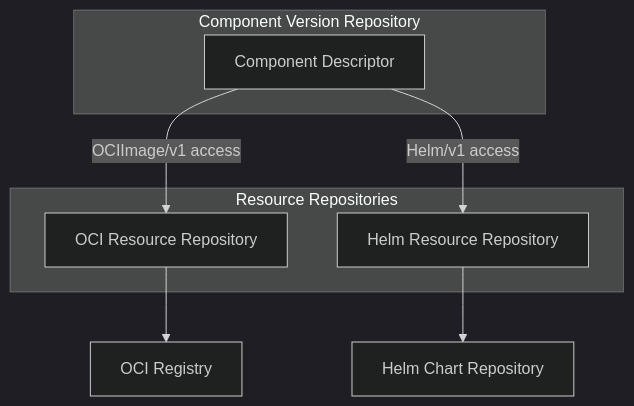
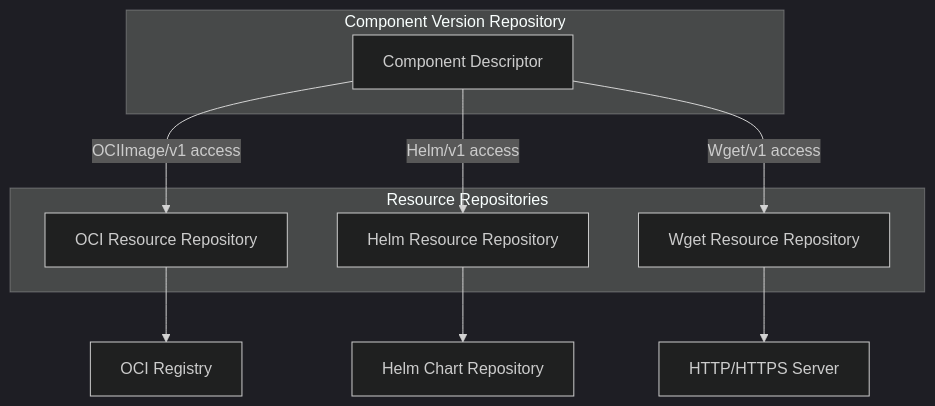
The diagram in website/content/docs/concepts/resource-repositories.md (open-component-model/open-component-model), drawn with Mermaid (dark theme) before and after one commit. The commit also changed other lines of this file and 5 other files, not shown here.

````diff
--- a/website/content/docs/concepts/resource-repositories.md
+++ b/website/content/docs/concepts/resource-repositories.md
@@ -31,16 +31,19 @@
 ```mermaid
 flowchart TB
     subgraph cv ["Component Version Repository"]
         CD["Component Descriptor"]
     end
 
     subgraph resources ["Resource Repositories"]
         OCI["OCI Resource Repository"]
         Helm["Helm Resource Repository"]
+        Wget["Wget Resource Repository"]
     end
 
     CD -->|"OCIImage/v1 access"| OCI
     CD -->|"Helm/v1 access"| Helm
+    CD -->|"Wget/v1 access"| Wget
     OCI --> Registry["OCI Registry"]
     Helm --> HelmRepo["Helm Chart Repository"]
+    Wget --> HTTP["HTTP/HTTPS Server"]
 ```
````
